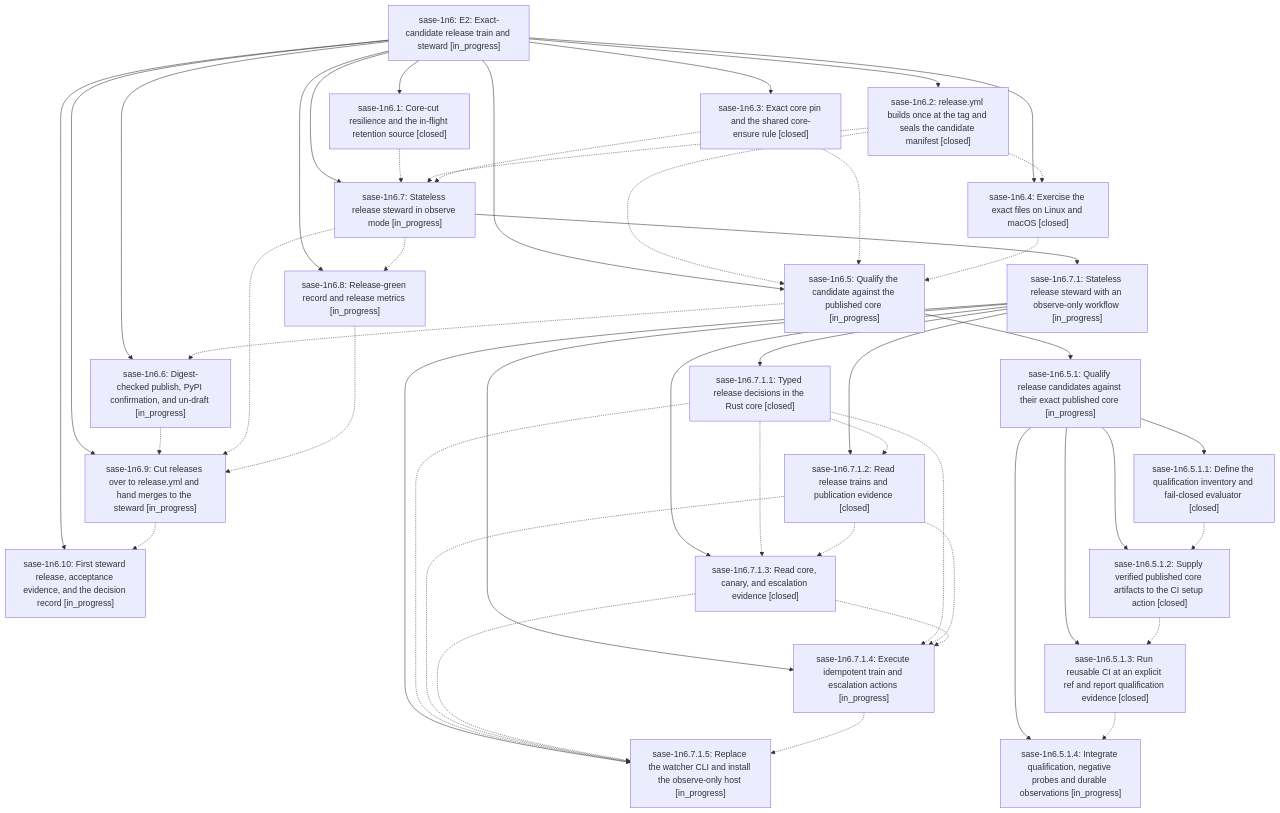
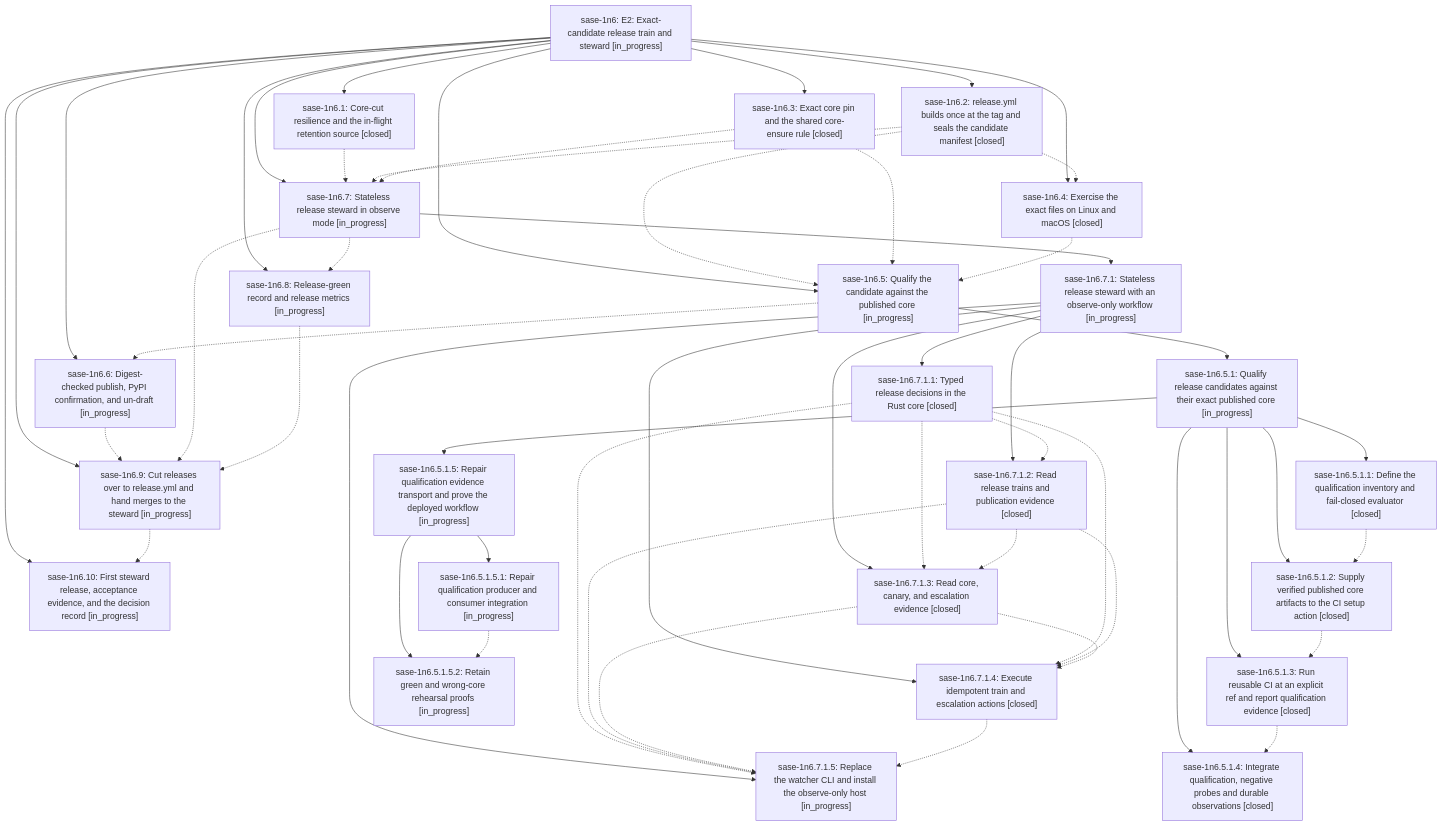
Before and after one commit to sase-org/sase--beads: the diagram in pages/sase-1n6/README.md, drawn with Mermaid. The commit also changed other lines of this file and 16 other files, not shown here.

````diff
--- a/pages/sase-1n6/README.md
+++ b/pages/sase-1n6/README.md
@@ -43,72 +49,79 @@
 ```mermaid
 flowchart TD
     n0["sase-1n6: E2: Exact-candidate release train and steward [in_progress]"]
     n1["sase-1n6.1: Core-cut resilience and the in-flight retention source [closed]"]
     n2["sase-1n6.10: First steward release, acceptance evidence, and the decision record [in_progress]"]
     n3["sase-1n6.2: release.yml builds once at the tag and seals the candidate manifest [closed]"]
     n4["sase-1n6.3: Exact core pin and the shared core-ensure rule [closed]"]
     n5["sase-1n6.4: Exercise the exact files on Linux and macOS [closed]"]
     n6["sase-1n6.5: Qualify the candidate against the published core [in_progress]"]
     n7["sase-1n6.5.1: Qualify release candidates against their exact published core [in_progress]"]
     n8["sase-1n6.5.1.1: Define the qualification inventory and fail-closed evaluator [closed]"]
     n9["sase-1n6.5.1.2: Supply verified published core artifacts to the CI setup action [closed]"]
     n10["sase-1n6.5.1.3: Run reusable CI at an explicit ref and report qualification evidence [closed]"]
-    n11["sase-1n6.5.1.4: Integrate qualification, negative probes and durable observations [in_progress]"]
-    n12["sase-1n6.6: Digest-checked publish, PyPI confirmation, and un-draft [in_progress]"]
-    n13["sase-1n6.7: Stateless release steward in observe mode [in_progress]"]
-    n14["sase-1n6.7.1: Stateless release steward with an observe-only workflow [in_progress]"]
-    n15["sase-1n6.7.1.1: Typed release decisions in the Rust core [closed]"]
-    n16["sase-1n6.7.1.2: Read release trains and publication evidence [closed]"]
-    n17["sase-1n6.7.1.3: Read core, canary, and escalation evidence [closed]"]
-    n18["sase-1n6.7.1.4: Execute idempotent train and escalation actions [in_progress]"]
-    n19["sase-1n6.7.1.5: Replace the watcher CLI and install the observe-only host [in_progress]"]
-    n20["sase-1n6.8: Release-green record and release metrics [in_progress]"]
-    n21["sase-1n6.9: Cut releases over to release.yml and hand merges to the steward [in_progress]"]
+    n11["sase-1n6.5.1.4: Integrate qualification, negative probes and durable observations [closed]"]
+    n12["sase-1n6.5.1.5: Repair qualification evidence transport and prove the deployed workflow [in_progress]"]
+    n13["sase-1n6.5.1.5.1: Repair qualification producer and consumer integration [in_progress]"]
+    n14["sase-1n6.5.1.5.2: Retain green and wrong-core rehearsal proofs [in_progress]"]
+    n15["sase-1n6.6: Digest-checked publish, PyPI confirmation, and un-draft [in_progress]"]
+    n16["sase-1n6.7: Stateless release steward in observe mode [in_progress]"]
+    n17["sase-1n6.7.1: Stateless release steward with an observe-only workflow [in_progress]"]
+    n18["sase-1n6.7.1.1: Typed release decisions in the Rust core [closed]"]
+    n19["sase-1n6.7.1.2: Read release trains and publication evidence [closed]"]
+    n20["sase-1n6.7.1.3: Read core, canary, and escalation evidence [closed]"]
+    n21["sase-1n6.7.1.4: Execute idempotent train and escalation actions [closed]"]
+    n22["sase-1n6.7.1.5: Replace the watcher CLI and install the observe-only host [in_progress]"]
+    n23["sase-1n6.8: Release-green record and release metrics [in_progress]"]
+    n24["sase-1n6.9: Cut releases over to release.yml and hand merges to the steward [in_progress]"]
     n0 --> n1
     n0 --> n2
     n0 --> n3
     n0 --> n4
     n0 --> n5
     n0 --> n6
     n6 --> n7
     n7 --> n8
     n7 --> n9
     n7 --> n10
     n7 --> n11
-    n0 --> n12
-    n0 --> n13
-    n13 --> n14
-    n14 --> n15
-    n14 --> n16
-    n14 --> n17
-    n14 --> n18
-    n14 --> n19
-    n0 --> n20
-    n0 --> n21
-    n1 -.-> n13
+    n7 --> n12
+    n12 --> n13
+    n12 --> n14
+    n0 --> n15
+    n0 --> n16
+    n16 --> n17
+    n17 --> n18
+    n17 --> n19
+    n17 --> n20
+    n17 --> n21
+    n17 --> n22
+    n0 --> n23
+    n0 --> n24
+    n1 -.-> n16
     n3 -.-> n5
     n3 -.-> n6
-    n3 -.-> n13
+    n3 -.-> n16
     n4 -.-> n6
-    n4 -.-> n13
+    n4 -.-> n16
     n5 -.-> n6
-    n6 -.-> n12
+    n6 -.-> n15
     n8 -.-> n9
     n9 -.-> n10
     n10 -.-> n11
-    n12 -.-> n21
-    n13 -.-> n20
-    n13 -.-> n21
-    n15 -.-> n16
-    n15 -.-> n17
-    n15 -.-> n18
-    n15 -.-> n19
-    n16 -.-> n17
-    n16 -.-> n18
-    n16 -.-> n19
-    n17 -.-> n18
-    n17 -.-> n19
+    n13 -.-> n14
+    n15 -.-> n24
+    n16 -.-> n23
+    n16 -.-> n24
     n18 -.-> n19
+    n18 -.-> n20
+    n18 -.-> n21
+    n18 -.-> n22
+    n19 -.-> n20
+    n19 -.-> n21
+    n19 -.-> n22
     n20 -.-> n21
-    n21 -.-> n2
+    n20 -.-> n22
+    n21 -.-> n22
+    n23 -.-> n24
+    n24 -.-> n2
 ```
````
